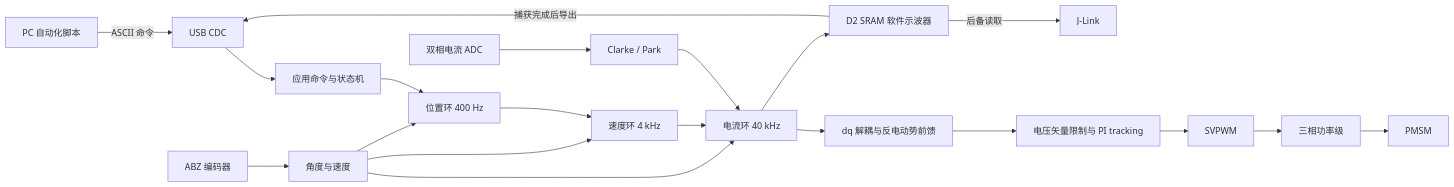
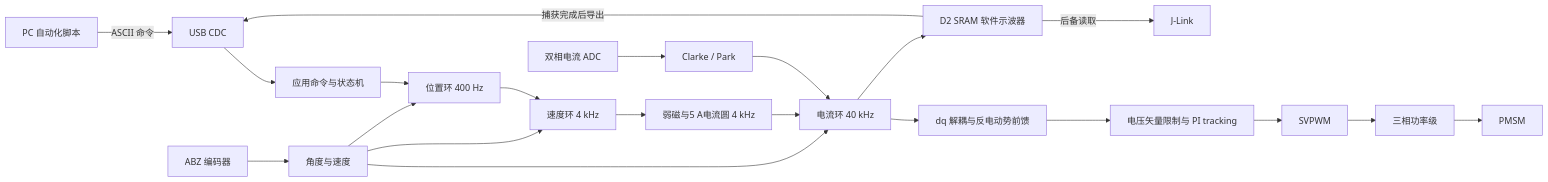
The first of 2 diagrams in docs/ARCHITECTURE.md (TodayRainy/STM32H743-FOC-Control-Lab), drawn with Mermaid before and after one commit. The commit also changed other lines of this file and 27 other files, not shown here.

```diff
--- a/docs/ARCHITECTURE.md
+++ b/docs/ARCHITECTURE.md
@@ -7,25 +7,26 @@
 ~~~mermaid
 flowchart LR
     HOST[PC 自动化脚本] -->|ASCII 命令| CDC[USB CDC]
     CDC --> APP[应用命令与状态机]
     APP --> POS[位置环 400 Hz]
     POS --> SPD[速度环 4 kHz]
-    SPD --> CUR[电流环 40 kHz]
+    SPD --> FW[弱磁与5 A电流圆 4 kHz]
+    FW --> CUR[电流环 40 kHz]
 
     ADC[双相电流 ADC] --> CLARKE[Clarke / Park]
     ENC[ABZ 编码器] --> ANGLE[角度与速度]
     CLARKE --> CUR
     ANGLE --> CUR
     ANGLE --> SPD
     ANGLE --> POS
 
     CUR --> FF[dq 解耦与反电动势前馈]
     FF --> LIMIT[电压矢量限制与 PI tracking]
     LIMIT --> SVPWM[SVPWM]
     SVPWM --> STAGE[三相功率级]
     STAGE --> MOTOR[PMSM]
 
     CUR --> SCOPE[D2 SRAM 软件示波器]
     SCOPE -->|捕获完成后导出| CDC
     SCOPE -->|后备读取| JLINK[J-Link]
 ~~~
```
